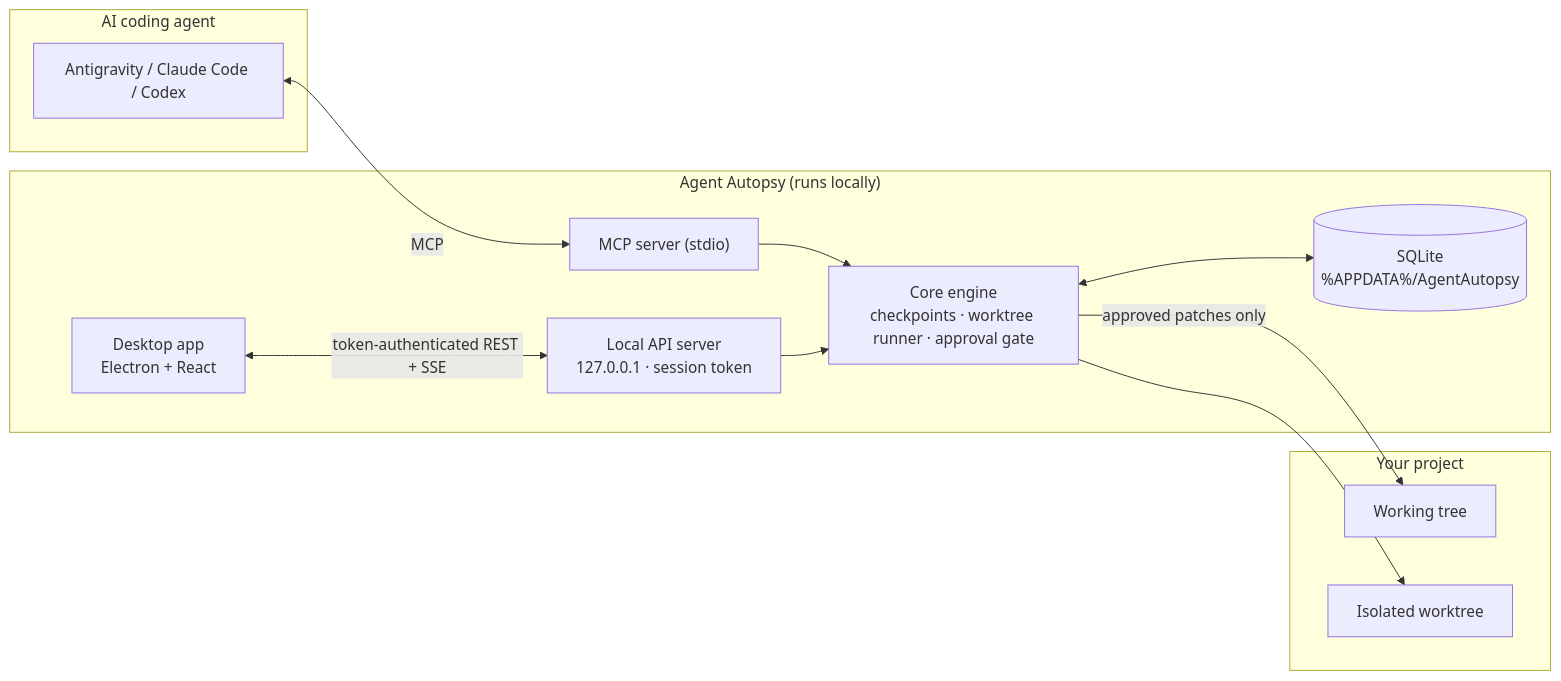
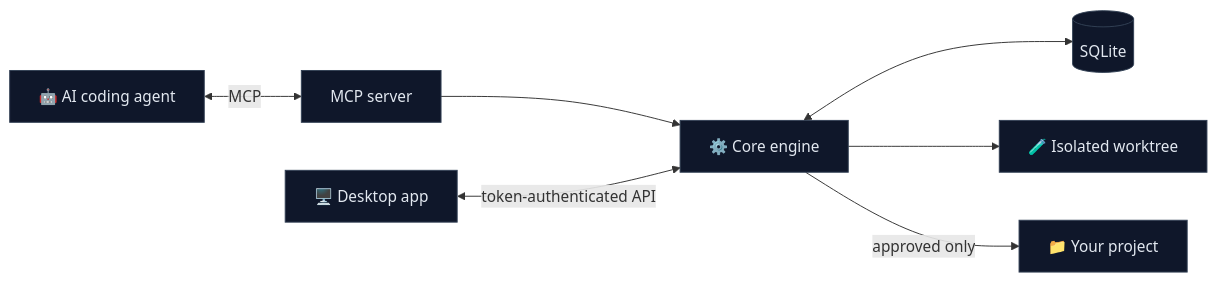
The second of 2 diagrams in README.md (kimchi00100/Agent-autopsy), drawn with Mermaid before and after one commit. The commit also changed other lines of this file, not shown here.

````diff
--- a/README.md
+++ b/README.md
@@ -57,27 +84,12 @@
 ```mermaid
 flowchart LR
-    subgraph Host["AI coding agent"]
-        Agent["Antigravity / Claude Code / Codex"]
-    end
+    Agent["🤖 AI coding agent"] <-->|MCP| MCP["MCP server"]
+    MCP --> Core["⚙️ Core engine"]
+    Core <--> DB[("SQLite")]
+    Core --> WT["🧪 Isolated worktree"]
+    Core -->|approved only| Repo["📁 Your project"]
+    App["🖥️ Desktop app"] <-->|token-authenticated API| Core
 
-    subgraph Autopsy["Agent Autopsy (runs locally)"]
-        MCP["MCP server (stdio)"]
-        Core["Core engine<br/>checkpoints · worktree runner · approval gate"]
-        DB[("SQLite<br/>%APPDATA%/AgentAutopsy")]
-        Server["Local API server<br/>127.0.0.1 · session token"]
-        Desktop["Desktop app<br/>Electron + React"]
-    end
-
-    subgraph Repo["Your project"]
-        Work["Working tree"]
-        Sandbox["Isolated worktree"]
-    end
-
-    Agent <-->|"MCP"| MCP
-    MCP --> Core
-    Server --> Core
-    Core <--> DB
-    Core --> Sandbox
-    Core -->|"approved patches only"| Work
-    Desktop <-->|"token-authenticated REST + SSE"| Server
+    classDef node fill:#0f172a,stroke:#334155,color:#e2e8f0
+    class Agent,MCP,Core,DB,WT,Repo,App node
 ```
````
